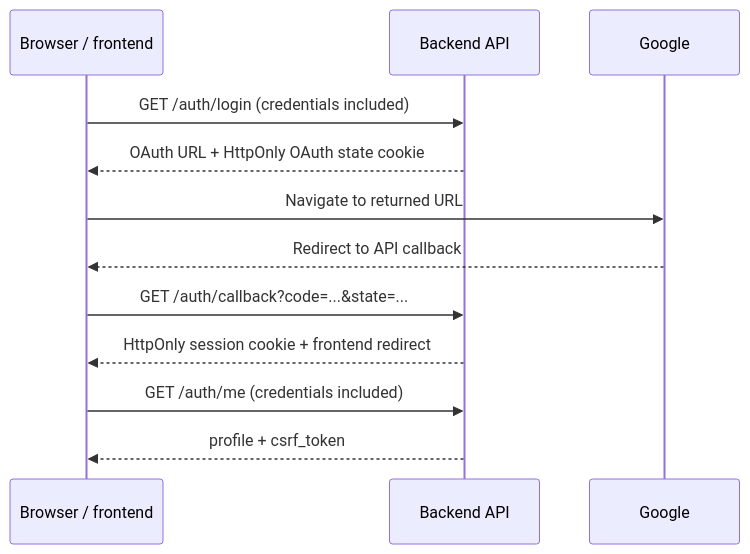
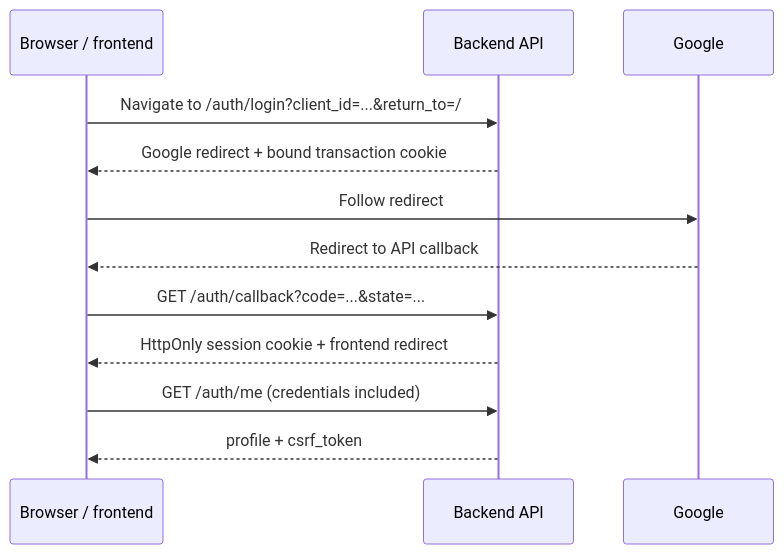
The diagram in docs/api-migration-from-main.md (esc-chula/intania-888-backend), drawn with Mermaid before and after one commit. The commit also changed other lines of this file and 2 other files, not shown here.

Commit message:
docs: describe registered login and legacy token retirement

````diff
--- a/docs/api-migration-from-main.md
+++ b/docs/api-migration-from-main.md
@@ -73,14 +73,14 @@
 ```mermaid
 sequenceDiagram
     participant Browser as Browser / frontend
     participant API as Backend API
 participant Google
-    Browser->>API: GET /auth/login (credentials included)
-    API-->>Browser: OAuth URL + HttpOnly OAuth state cookie
-    Browser->>Google: Navigate to returned URL
+    Browser->>API: Navigate to /auth/login?client_id=...&return_to=/
+    API-->>Browser: Google redirect + bound transaction cookie
+    Browser->>Google: Follow redirect
     Google-->>Browser: Redirect to API callback
     Browser->>API: GET /auth/callback?code=...&state=...
     API-->>Browser: HttpOnly session cookie + frontend redirect
     Browser->>API: GET /auth/me (credentials included)
     API-->>Browser: profile + csrf_token
 ```
````
